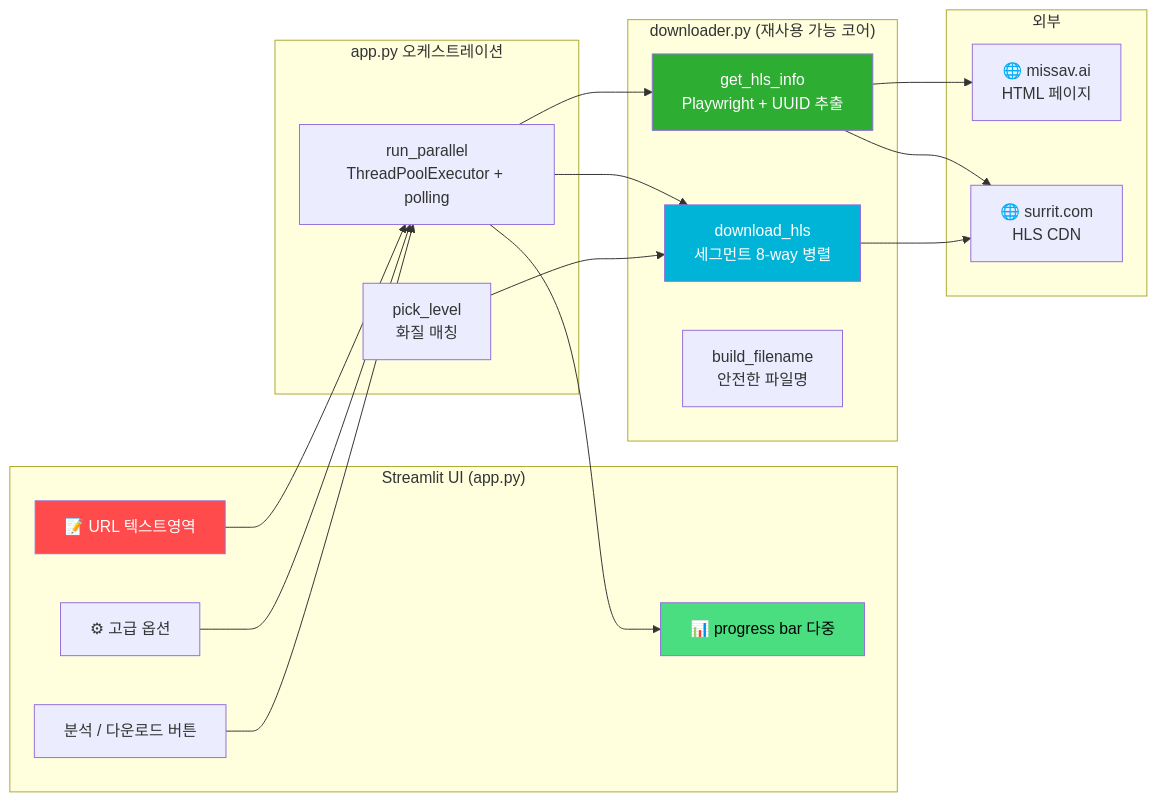
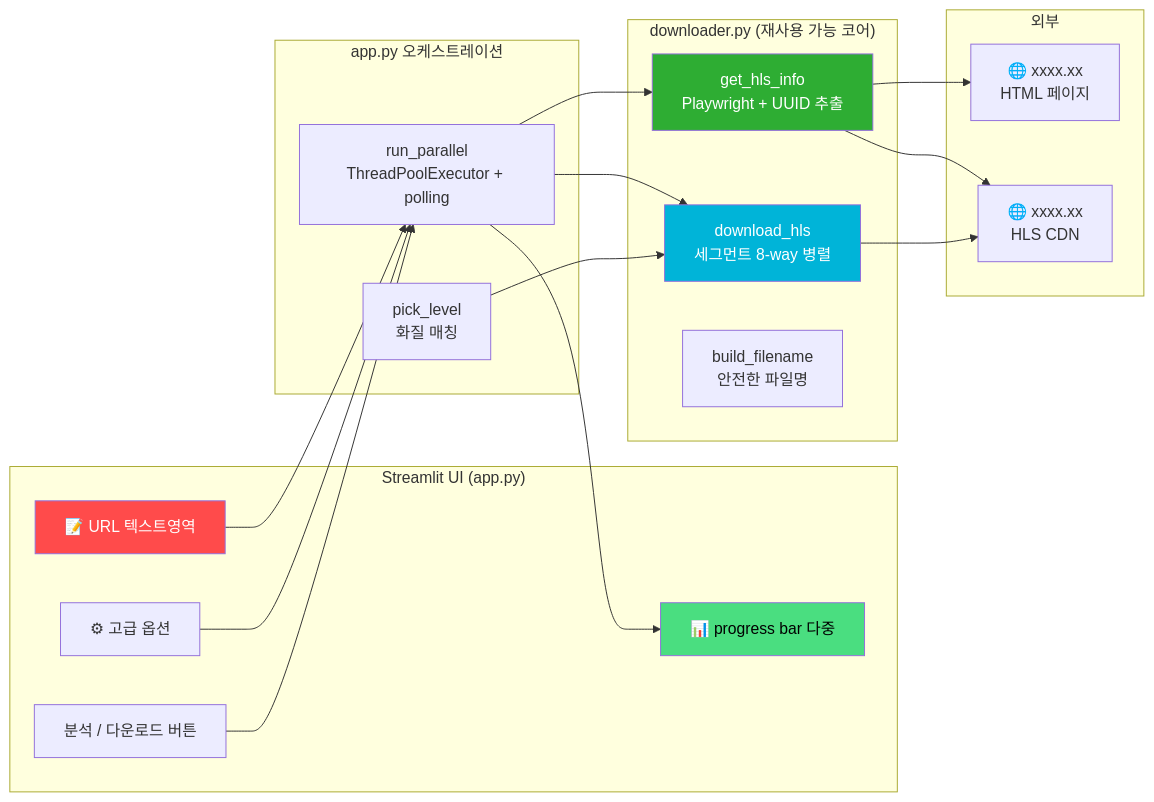
One commit to izowooi/creative-plate changed the second of 4 diagrams in crawl-video/README.md. Above: the diagram before and after it, drawn with Mermaid. The commit also changed other lines of this file and 1 other file, not shown here.

````diff
--- a/crawl-video/README.md
+++ b/crawl-video/README.md
@@ -123,41 +123,41 @@
 ```mermaid
 graph LR
     subgraph UI["Streamlit UI (app.py)"]
         TXT[📝 URL 텍스트영역]
         OPT[⚙ 고급 옵션]
         BTN[분석 / 다운로드 버튼]
         BAR[📊 progress bar 다중]
     end
 
     subgraph Core["downloader.py (재사용 가능 코어)"]
         GHI[get_hls_info<br/>Playwright + UUID 추출]
         DH[download_hls<br/>세그먼트 8-way 병렬]
         BF[build_filename<br/>안전한 파일명]
     end
 
     subgraph Orchestration["app.py 오케스트레이션"]
         RP[run_parallel<br/>ThreadPoolExecutor + polling]
         PL[pick_level<br/>화질 매칭]
     end
 
     subgraph External["외부"]
-        MA[🌐 missav.ai<br/>HTML 페이지]
-        SU[🌐 surrit.com<br/>HLS CDN]
+        MA[🌐 xxxx.xx<br/>HTML 페이지]
+        SU[🌐 xxxx.xx<br/>HLS CDN]
     end
 
     TXT --> RP
     OPT --> RP
     BTN --> RP
     RP --> GHI
     RP --> DH
     RP --> BAR
     GHI --> MA
     GHI --> SU
     DH --> SU
     PL --> DH
 
     style TXT fill:#ff4b4b,color:#fff
     style GHI fill:#2ead33,color:#fff
     style DH fill:#00b4d8,color:#fff
     style BAR fill:#4ade80,color:#000
 ```
````
